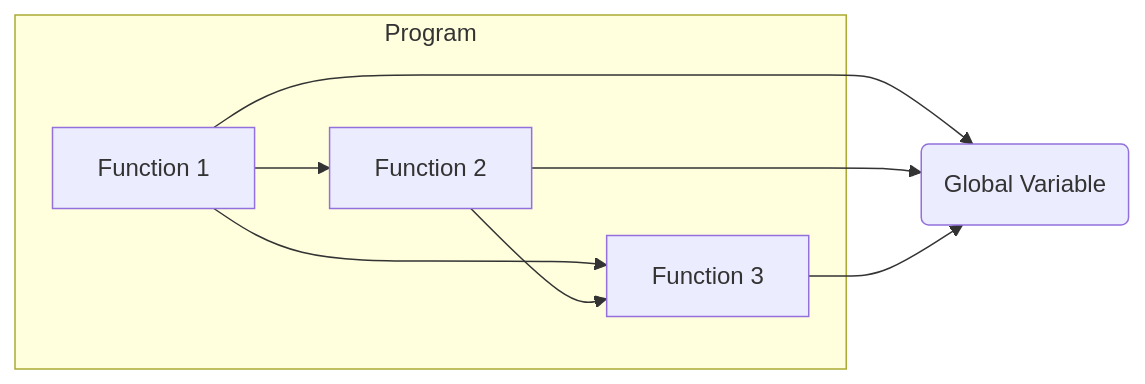
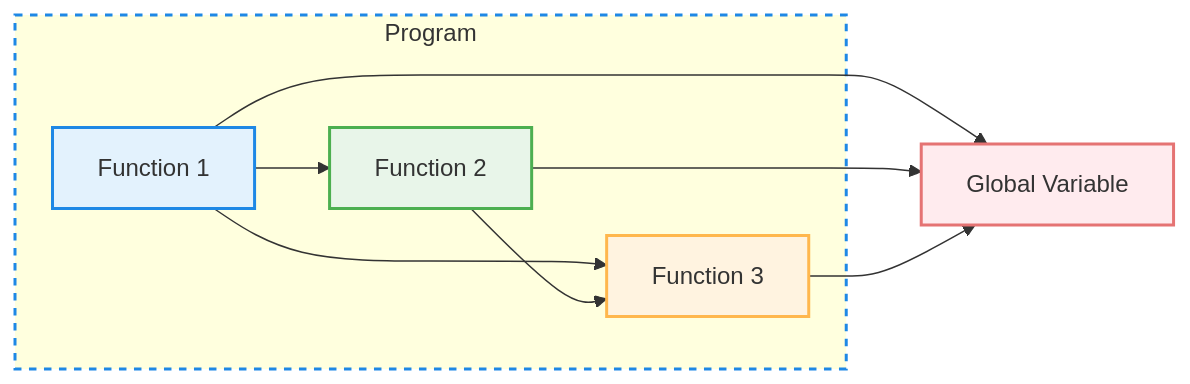
Before and after one commit to infoyouth/infoyouth.github.io: the fifth of 5 diagrams in _posts/2024-11-14-c-variables-and-constants.md, drawn with Mermaid. The commit also changed other lines of this file and 1 other file, not shown here.

````diff
--- a/_posts/2024-11-14-c-variables-and-constants.md
+++ b/_posts/2024-11-14-c-variables-and-constants.md
@@ -751,12 +784,23 @@
 ```mermaid
 graph LR
     subgraph Program
-      A[Function 1] --> B[Function 2]
-      A --> C[Function 3]
-      B --> C
+        A[Function 1] --> B[Function 2]
+        A --> C[Function 3]
+        B --> C
     end
-    global(Global Variable)
+    global[Global Variable]
+    
     A --> global
     B --> global
     C --> global
+
+    style A fill:#e3f2fd,stroke:#1e88e5,stroke-width:2px;
+    style B fill:#e8f5e9,stroke:#4caf50,stroke-width:2px;
+    style C fill:#fff3e0,stroke:#ffb74d,stroke-width:2px;
+    style global fill:#ffebee,stroke:#e57373,stroke-width:2px;
+    
+    style Program fill:#e3f2f,stroke:#1e88e5,stroke-width:2px,stroke-dasharray: 5, 5;
+    
+    classDef default fill:#fff,stroke:#000,stroke-width:2px,color:#333;
+
 ```
````
